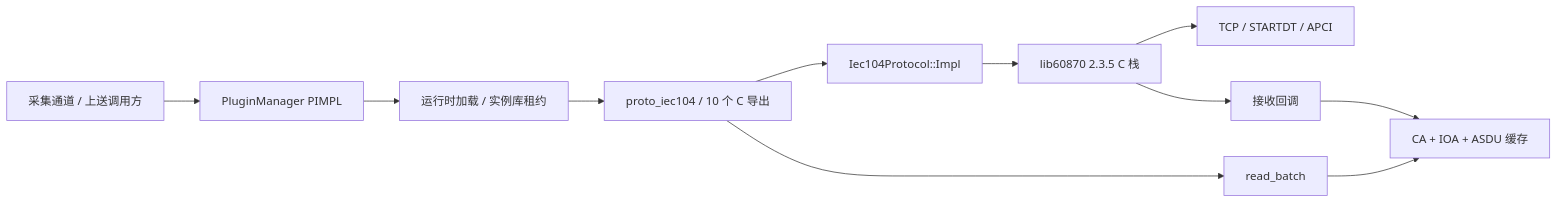
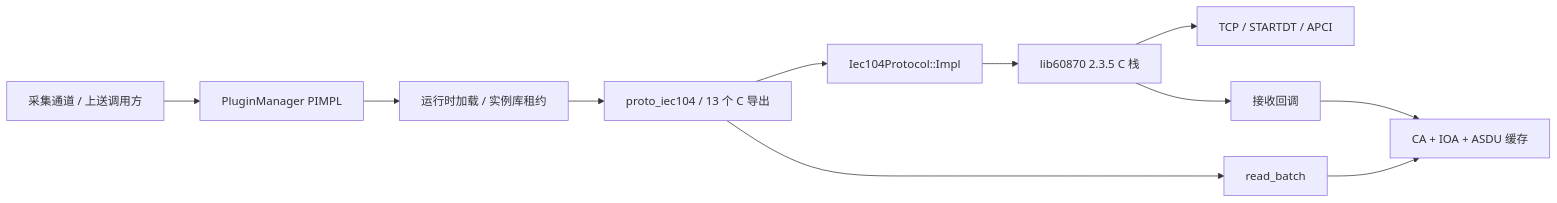
One commit to 600888/ems changed the first of 4 diagrams in website/docs/reference/protocol/iec104.md. Above: the diagram before and after it, drawn with Mermaid. The commit also changed other lines of this file and 22 other files, not shown here.

````diff
--- a/website/docs/reference/protocol/iec104.md
+++ b/website/docs/reference/protocol/iec104.md
@@ -7,13 +7,13 @@
 ```mermaid
 flowchart LR
     Engine[采集通道 / 上送调用方] --> Manager[PluginManager PIMPL]
     Manager --> Lease[运行时加载 / 实例库租约]
-    Lease --> Bridge[proto_iec104 / 10 个 C 导出]
+    Lease --> Bridge[proto_iec104 / 13 个 C 导出]
     Bridge --> Impl[Iec104Protocol::Impl]
     Impl --> Stack[lib60870 2.3.5 C 栈]
     Stack --> TCP[TCP / STARTDT / APCI]
     Stack --> Callback[接收回调]
     Callback --> Cache[CA + IOA + ASDU 缓存]
     Bridge --> Read[read_batch]
     Read --> Cache
 ```
````
